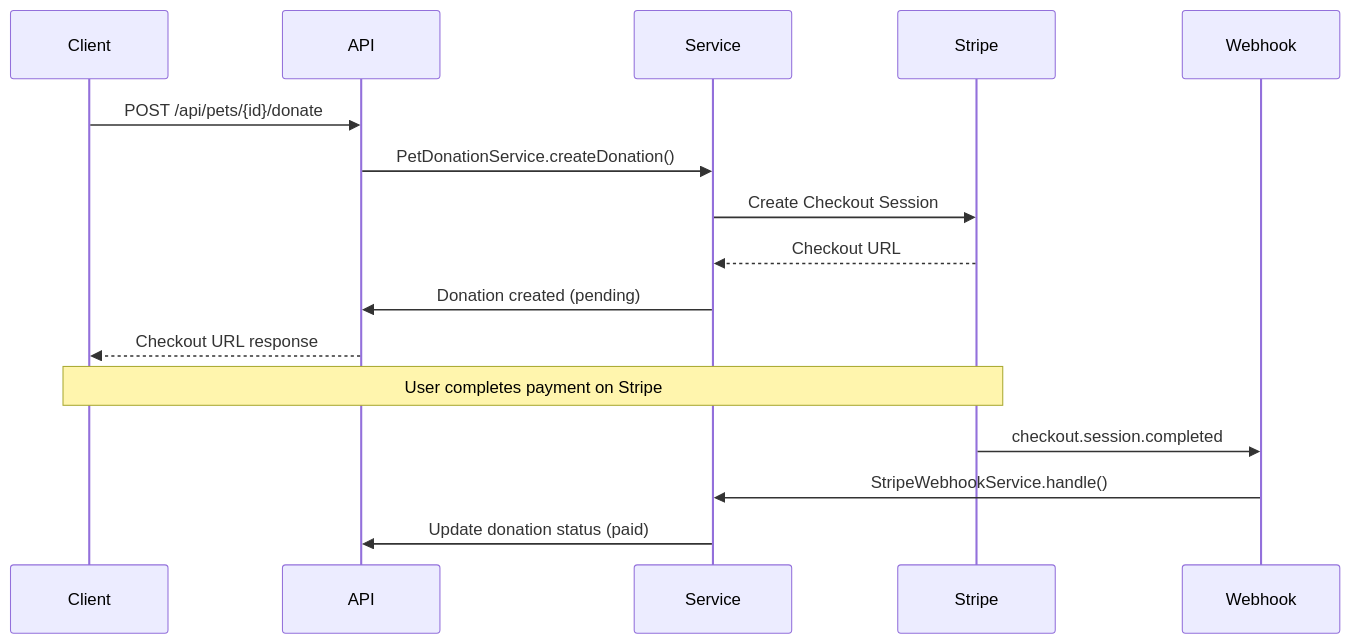
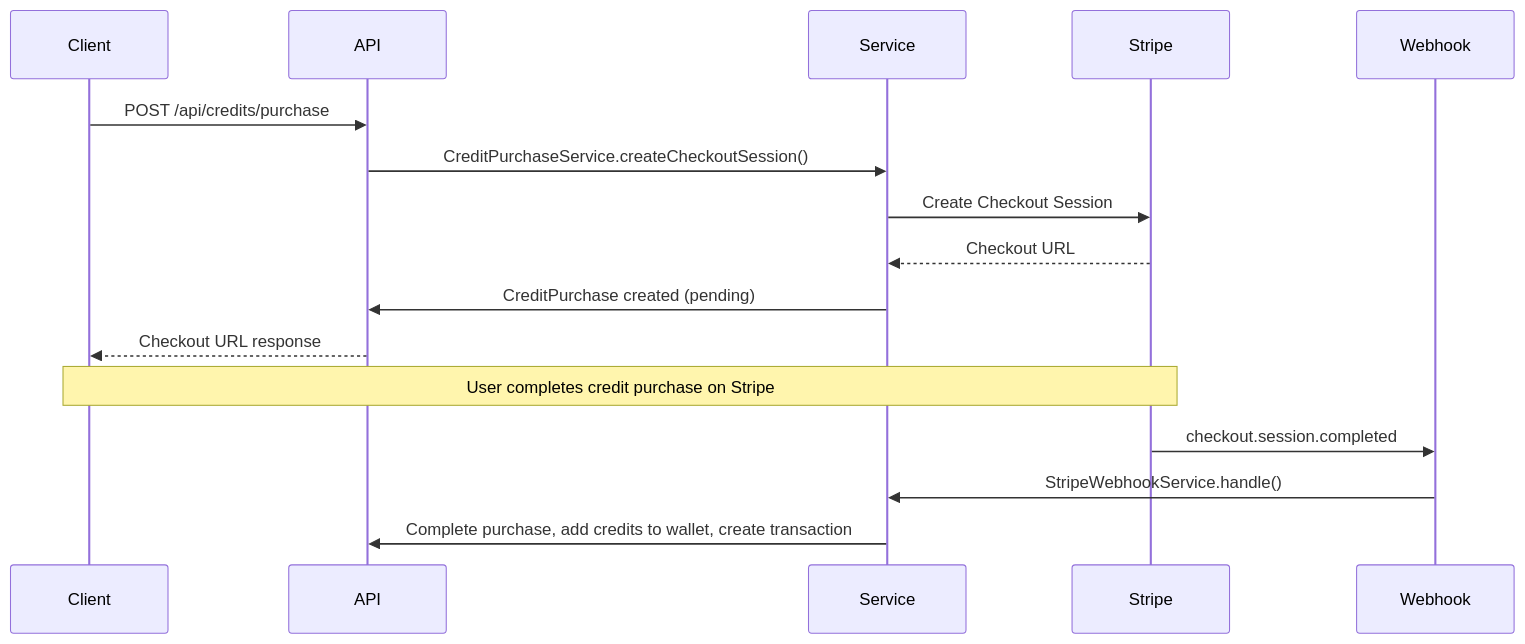
Before and after one commit to slightlyprivate/petcare-companion: the second of 5 diagrams in docs/architecture.md, drawn with Mermaid. The commit also changed other lines of this file and 181 other files, not shown here.

First line of the commit message:
feat: complete gifts & credits economy, public reporting, webhook hardening, and compliance APIs

````diff
--- a/docs/architecture.md
+++ b/docs/architecture.md
@@ -156,21 +186,21 @@
 ```mermaid
 sequenceDiagram
     participant Client
     participant API
     participant Service
     participant Stripe
     participant Webhook
 
-    Client->>API: POST /api/pets/{id}/donate
-    API->>Service: PetDonationService.createDonation()
+    Client->>API: POST /api/credits/purchase
+    API->>Service: CreditPurchaseService.createCheckoutSession()
     Service->>Stripe: Create Checkout Session
     Stripe-->>Service: Checkout URL
-    Service->>API: Donation created (pending)
+    Service->>API: CreditPurchase created (pending)
     API-->>Client: Checkout URL response
 
-    Note over Client,Stripe: User completes payment on Stripe
+    Note over Client,Stripe: User completes credit purchase on Stripe
 
     Stripe->>Webhook: checkout.session.completed
     Webhook->>Service: StripeWebhookService.handle()
-    Service->>API: Update donation status (paid)
+    Service->>API: Complete purchase, add credits to wallet, create transaction
 ```
````
